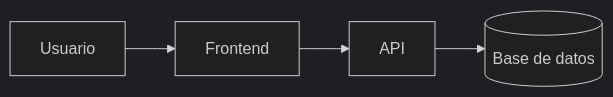
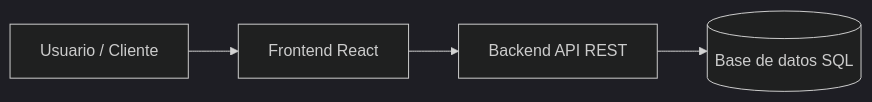
Before and after one commit to royercondori-lgtm/laboratorio-readme: the diagram in README.md, drawn with Mermaid (dark theme). The commit also changed other lines of this file, not shown here.

````diff
--- a/README.md
+++ b/README.md
@@ -25,6 +72,6 @@
 ```mermaid
 graph LR
-    A[Usuario] --> B[Frontend]
-    B --> C[API]
-    C --> D[(Base de datos)]
+    A[Usuario / Cliente] --> B[Frontend React]
+    B --> C[Backend API REST]
+    C --> D[(Base de datos SQL)]
 ```
````
